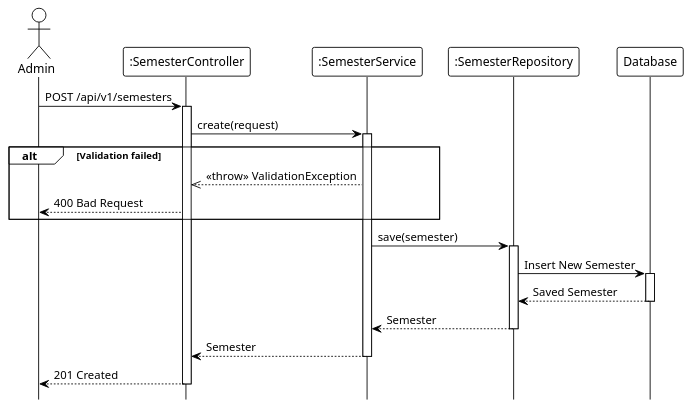
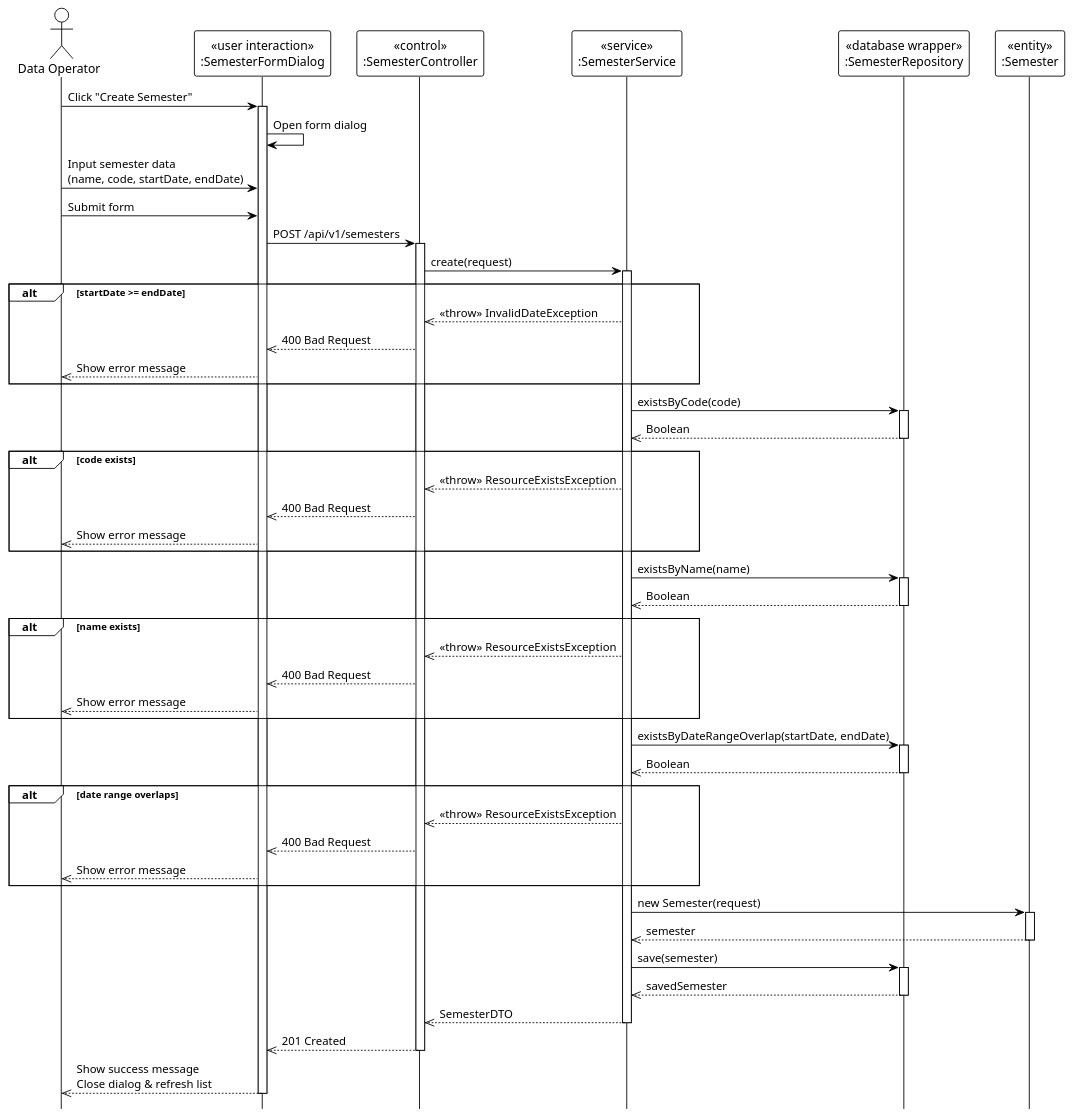
One commit to Ndh474/context changed the diagram in system_detailed_design/08_create_semester/sequence_diagram_create_semester.puml. Above: the diagram before and after it, drawn with PlantUML. The commit also changed 6 other files, not shown here.

Commit message:
docs(system_detailed_design): update semester sequence diagrams with UML stereotypes

```diff
--- a/system_detailed_design/08_create_semester/sequence_diagram_create_semester.puml
+++ b/system_detailed_design/08_create_semester/sequence_diagram_create_semester.puml
@@ -1,44 +1,89 @@
 @startuml create_semester
 !theme plain
 hide footbox
 
-actor Admin
-participant ":SemesterController" as Controller
-participant ":SemesterService" as Service
-participant ":SemesterRepository" as Repository
-participant "Database" as DB
+actor "Data Operator" as DataOperator
 
-' --- MAIN FLOW ---
-Admin -> Controller: POST /api/v1/semesters
+participant "«user interaction»\n:SemesterFormDialog" as UI
+participant "«control»\n:SemesterController" as Controller
+participant "«service»\n:SemesterService" as Service
+participant "«database wrapper»\n:SemesterRepository" as Repository
+participant "«entity»\n:Semester" as Entity
+
+' === MAIN FLOW ===
+DataOperator -> UI: Click "Create Semester"
+activate UI
+
+UI -> UI: Open form dialog
+
+DataOperator -> UI: Input semester data\n(name, code, startDate, endDate)
+
+DataOperator -> UI: Submit form
+UI -> Controller: POST /api/v1/semesters
 activate Controller
 
 Controller -> Service: create(request)
 activate Service
 
-' --- VALIDATION LOGIC ---
-' Validation logic (internal)
-
-alt Validation failed
-    Service -->> Controller: <<throw>> ValidationException
-    Controller --> Admin: 400 Bad Request
+' === VALIDATION ===
+alt startDate >= endDate
+    Service -->> Controller: <<throw>> InvalidDateException
+    Controller -->> UI: 400 Bad Request
+    UI -->> DataOperator: Show error message
 end
 
-' --- SAVE TO DATABASE ---
+Service -> Repository: existsByCode(code)
+activate Repository
+Repository -->> Service: Boolean
+deactivate Repository
+
+alt code exists
+    Service -->> Controller: <<throw>> ResourceExistsException
+    Controller -->> UI: 400 Bad Request
+    UI -->> DataOperator: Show error message
+end
+
+Service -> Repository: existsByName(name)
+activate Repository
+Repository -->> Service: Boolean
+deactivate Repository
+
+alt name exists
+    Service -->> Controller: <<throw>> ResourceExistsException
+    Controller -->> UI: 400 Bad Request
+    UI -->> DataOperator: Show error message
+end
+
+Service -> Repository: existsByDateRangeOverlap(startDate, endDate)
+activate Repository
+Repository -->> Service: Boolean
+deactivate Repository
+
+alt date range overlaps
+    Service -->> Controller: <<throw>> ResourceExistsException
+    Controller -->> UI: 400 Bad Request
+    UI -->> DataOperator: Show error message
+end
+
+' === CREATE ENTITY ===
+Service -> Entity: new Semester(request)
+activate Entity
+Entity -->> Service: semester
+deactivate Entity
+
+' === SAVE ===
 Service -> Repository: save(semester)
 activate Repository
-
-Repository -> DB: Insert New Semester
-activate DB
-DB --> Repository: Saved Semester
-deactivate DB
-
-Repository --> Service: Semester
+Repository -->> Service: savedSemester
 deactivate Repository
 
-Service --> Controller: Semester
+Service -->> Controller: SemesterDTO
 deactivate Service
 
-Controller --> Admin: 201 Created
+Controller -->> UI: 201 Created
 deactivate Controller
 
+UI -->> DataOperator: Show success message\nClose dialog & refresh list
+deactivate UI
+
 @enduml
```
